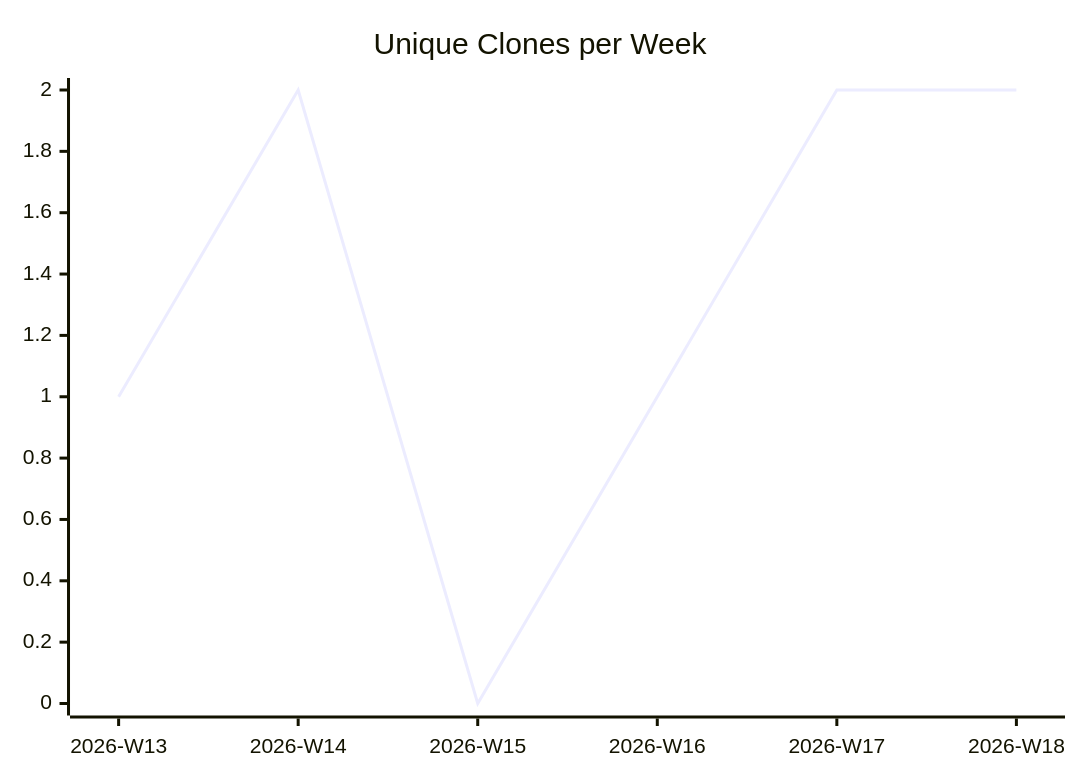
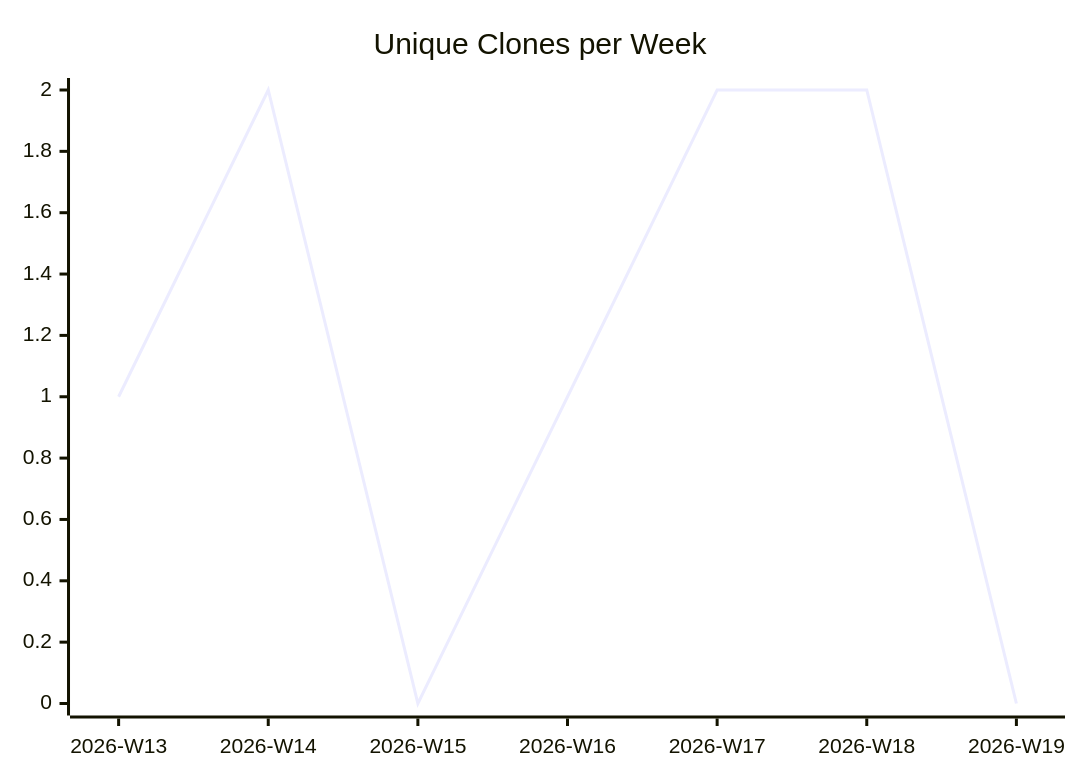
One commit to justdavis-family/github-analytics-data changed the third of 3 diagrams in karlmdavis/hapi-fhir-jpaserver-starter/README.md. Above: the diagram before and after it, drawn with Mermaid. The commit also changed other lines of this file and 187 other files, not shown here.

````diff
--- a/karlmdavis/hapi-fhir-jpaserver-starter/README.md
+++ b/karlmdavis/hapi-fhir-jpaserver-starter/README.md
@@ -19,6 +19,6 @@
 ```mermaid
 xychart-beta
   title "Unique Clones per Week"
-  x-axis ["2026-W13", "2026-W14", "2026-W15", "2026-W16", "2026-W17", "2026-W18"]
-  line [1, 2, 0, 1, 2, 2]
+  x-axis ["2026-W13", "2026-W14", "2026-W15", "2026-W16", "2026-W17", "2026-W18", "2026-W19"]
+  line [1, 2, 0, 1, 2, 2, 0]
 ```
````
